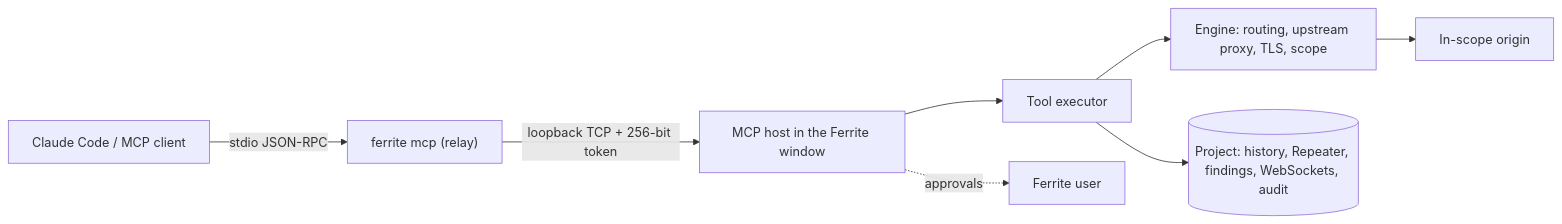
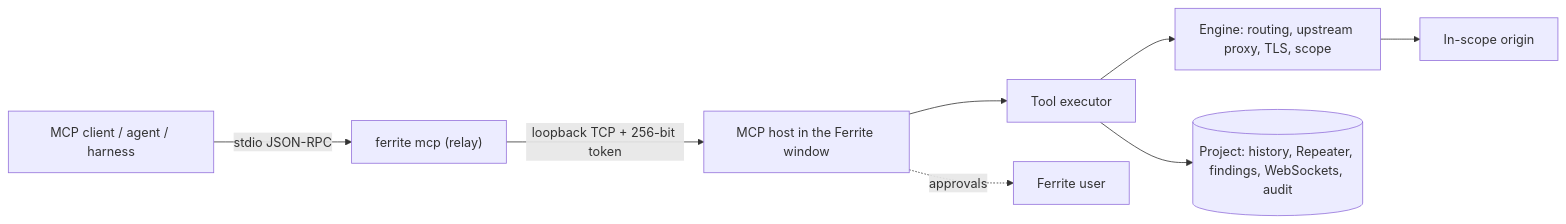
The diagram in docs/MCP.md (jrmdev/ferrite), drawn with Mermaid before and after one commit. The commit also changed other lines of this file and 8 other files, not shown here.

````diff
--- a/docs/MCP.md
+++ b/docs/MCP.md
@@ -37,10 +34,10 @@
 ```mermaid
 flowchart LR
-    C[Claude Code / MCP client] -- stdio JSON-RPC --> R["ferrite mcp (relay)"]
+    C[MCP client / agent / harness] -- stdio JSON-RPC --> R["ferrite mcp (relay)"]
     R -- loopback TCP + 256-bit token --> H[MCP host in the Ferrite window]
     H --> T[Tool executor]
     T --> E[Engine: routing, upstream proxy, TLS, scope]
     T --> P[(Project: history, Repeater, findings, WebSockets, audit)]
     E --> O[In-scope origin]
     H -. approvals .-> U[Ferrite user]
 ```
````
